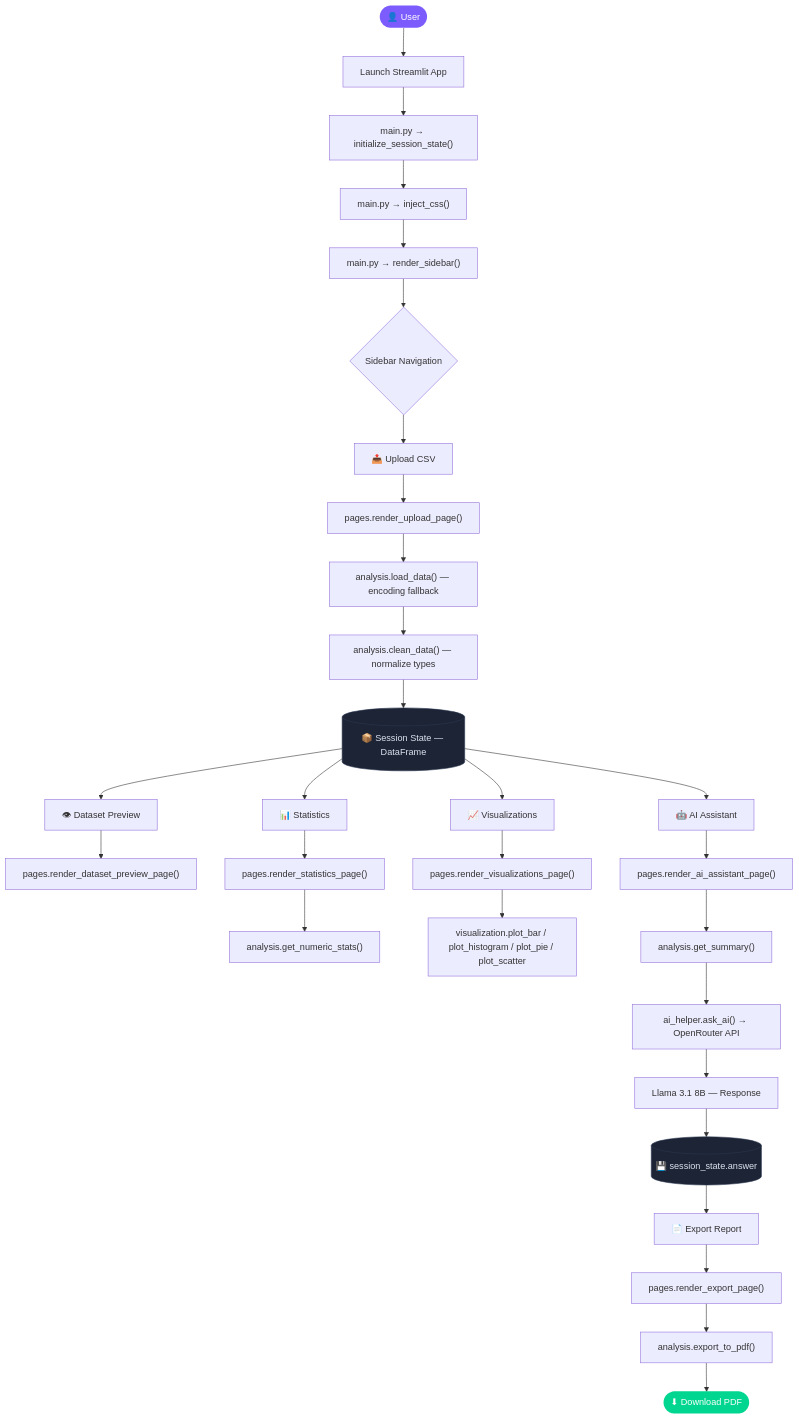
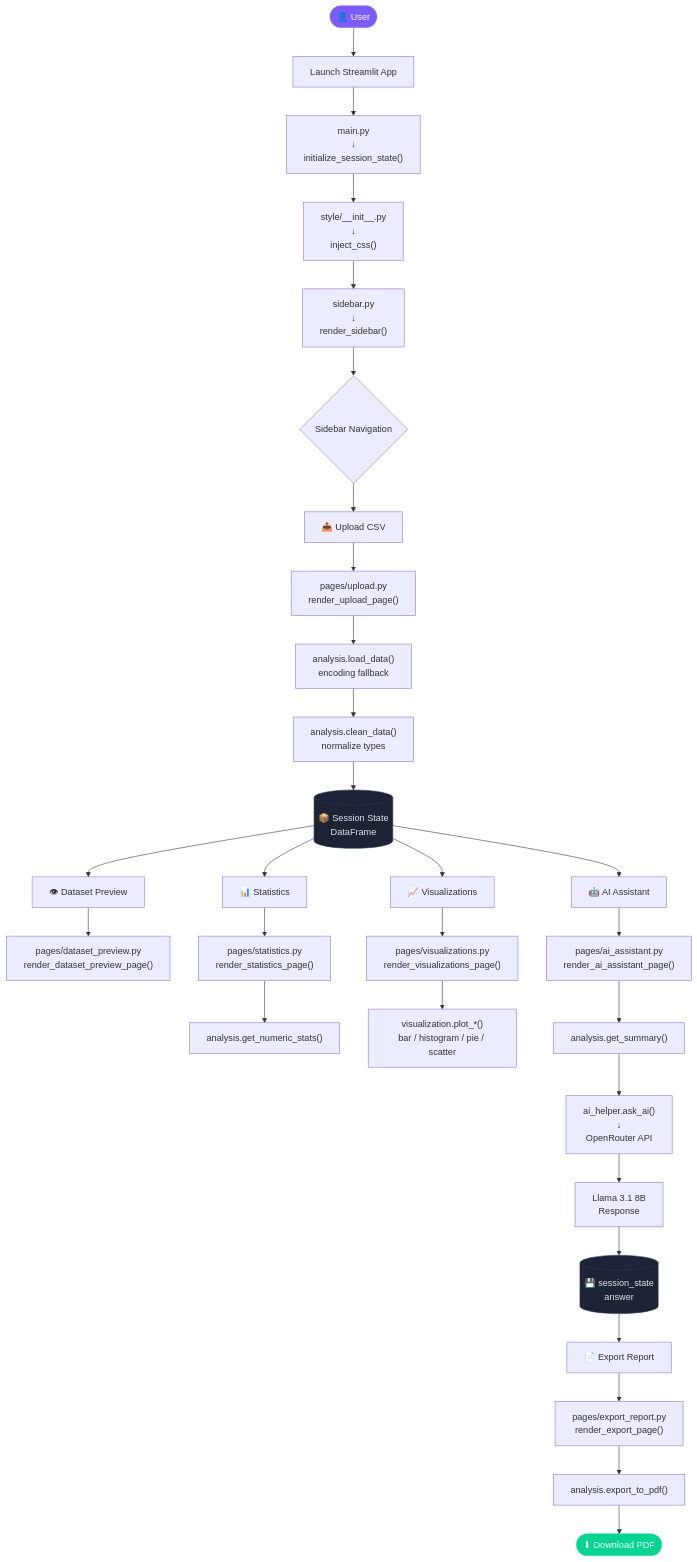
One commit to abdullahkamran426-lab/ai_anylist_assistand changed the diagram in README.md. Above: the diagram before and after it, drawn with Mermaid. The commit also changed other lines of this file, not shown here.

````diff
--- a/README.md
+++ b/README.md
@@ -138,41 +138,41 @@
 ```mermaid
 flowchart TD
     A([👤 User]) --> B[Launch Streamlit App]
-    B --> C["main.py → initialize_session_state()"]
-    C --> D["main.py → inject_css()"]
-    D --> E["main.py → render_sidebar()"]
+    B --> C["main.py<br/>↓<br/>initialize_session_state()"]
+    C --> D["style/__init__.py<br/>↓<br/>inject_css()"]
+    D --> E["sidebar.py<br/>↓<br/>render_sidebar()"]
     E --> F{Sidebar Navigation}
 
     F --> G[📤 Upload CSV]
-    G --> H["pages.render_upload_page()"]
-    H --> I["analysis.load_data() — encoding fallback"]
-    I --> J["analysis.clean_data() — normalize types"]
-    J --> K[(📦 Session State — DataFrame)]
+    G --> H["pages/upload.py<br/>render_upload_page()"]
+    H --> I["analysis.load_data()<br/>encoding fallback"]
+    I --> J["analysis.clean_data()<br/>normalize types"]
+    J --> K[(📦 Session State<br/>DataFrame)]
 
     K --> L[👁 Dataset Preview]
     K --> M[📊 Statistics]
     K --> N[📈 Visualizations]
     K --> O[🤖 AI Assistant]
 
-    L  --> L1["pages.render_dataset_preview_page()"]
-    M  --> M1["pages.render_statistics_page()"]
+    L  --> L1["pages/dataset_preview.py<br/>render_dataset_preview_page()"]
+    M  --> M1["pages/statistics.py<br/>render_statistics_page()"]
     M1 --> M2["analysis.get_numeric_stats()"]
-    N  --> N1["pages.render_visualizations_page()"]
-    N1 --> N2["visualization.plot_bar / plot_histogram / plot_pie / plot_scatter"]
+    N  --> N1["pages/visualizations.py<br/>render_visualizations_page()"]
+    N1 --> N2["visualization.plot_*()<br/>bar / histogram / pie / scatter"]
 
-    O  --> O1["pages.render_ai_assistant_page()"]
+    O  --> O1["pages/ai_assistant.py<br/>render_ai_assistant_page()"]
     O1 --> O2["analysis.get_summary()"]
-    O2 --> O3["ai_helper.ask_ai() → OpenRouter API"]
-    O3 --> O4["Llama 3.1 8B — Response"]
-    O4 --> O5[(💾 session_state.answer)]
+    O2 --> O3["ai_helper.ask_ai()<br/>↓<br/>OpenRouter API"]
+    O3 --> O4["Llama 3.1 8B<br/>Response"]
+    O4 --> O5[(💾 session_state<br/>answer)]
 
     O5  --> P[📄 Export Report]
-    P  --> P1["pages.render_export_page()"]
+    P  --> P1["pages/export_report.py<br/>render_export_page()"]
     P1 --> P2["analysis.export_to_pdf()"]
     P2 --> Q([⬇ Download PDF])
 
     style A  fill:#7C5CFC,color:#fff,stroke:none
     style K  fill:#1C2435,color:#DCE4F0,stroke:#2D3A52
     style O5 fill:#1C2435,color:#DCE4F0,stroke:#2D3A52
     style Q  fill:#00D68F,color:#fff,stroke:none
 ```
````
